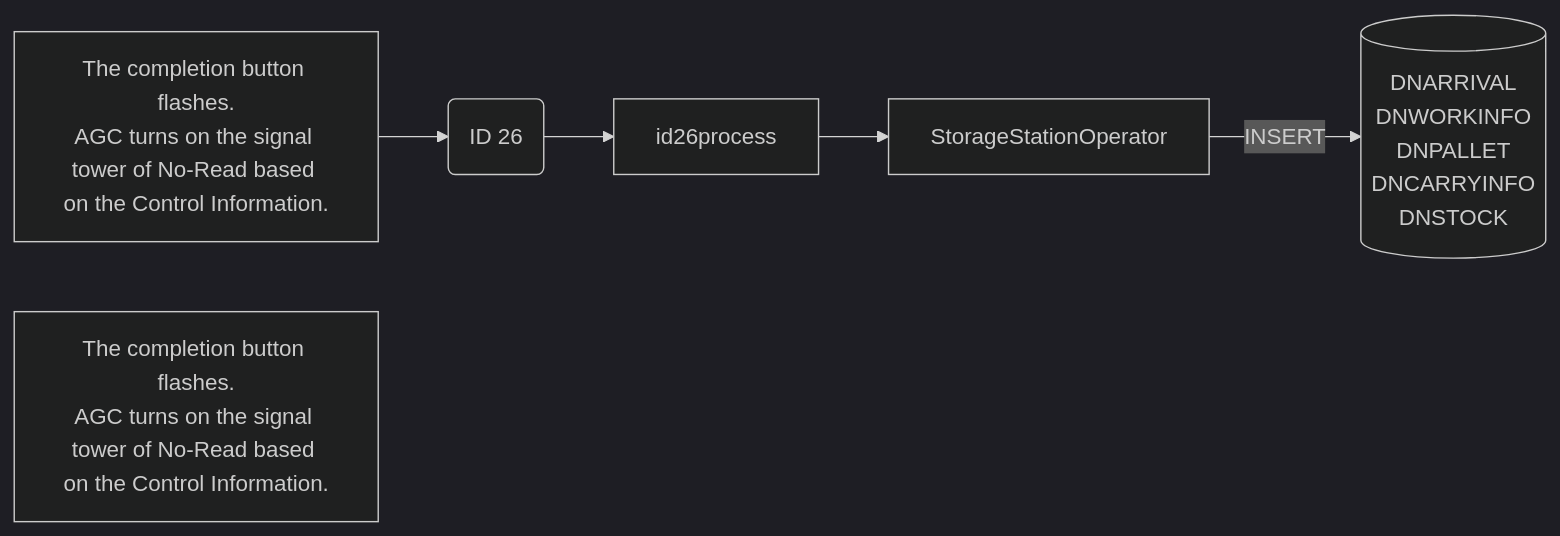
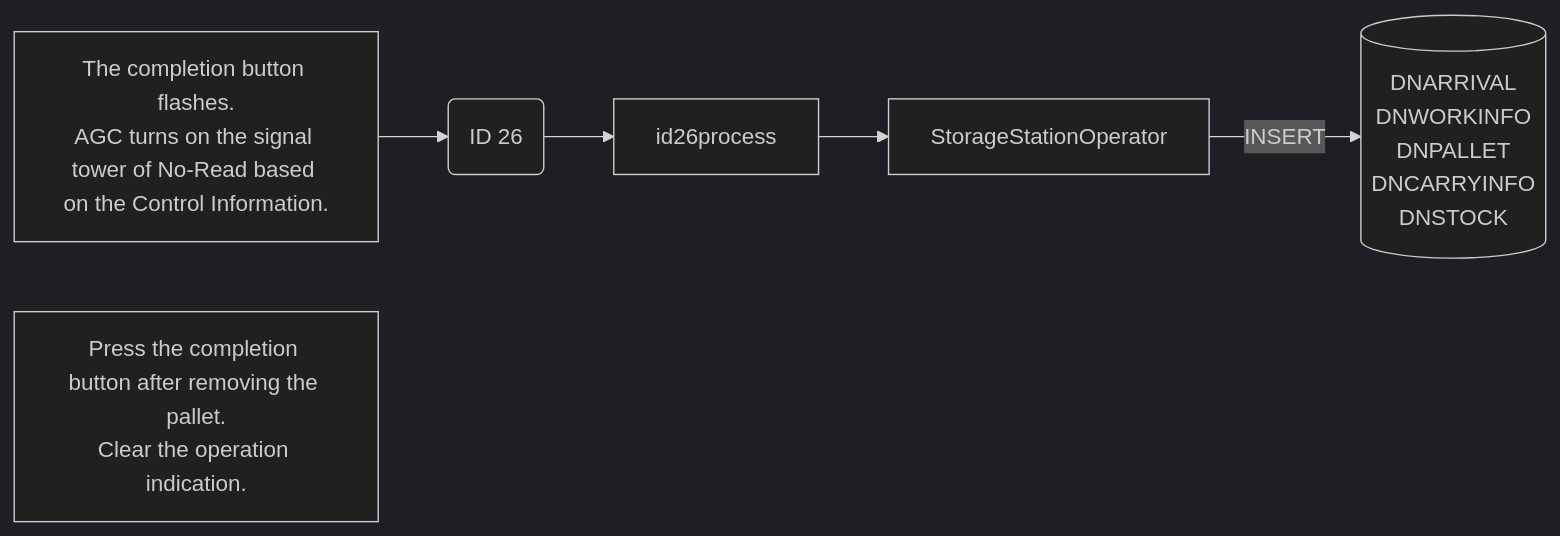
Before and after one commit to luthfiadityaa/SimeDarby-Wiki: the tenth of 10 diagrams in Basic-Design/DFD-WMS/Storage/Palletizing-Settting/Irregular-Cases.md, drawn with Mermaid (dark theme).

Commit message:
Updated Irregular Cases

```diff
--- a/Basic-Design/DFD-WMS/Storage/Palletizing-Settting/Irregular-Cases.md
+++ b/Basic-Design/DFD-WMS/Storage/Palletizing-Settting/Irregular-Cases.md
@@ -428,30 +428,30 @@
 ::: mermaid
 flowchart LR
 
 releaseCommand["
 The completion button flashes.
 AGC turns on the signal tower of No-Read based on the Control Information. 
 "]
 
 id26msg("
 ID 26
 ")
 
 id26-insert[("
    DNARRIVAL
    DNWORKINFO
    DNPALLET
    DNCARRYINFO
    DNSTOCK		
 ")]
 
 storageStationOperator[StorageStationOperator]
 
 releaseCommand2["
-The completion button flashes.
-AGC turns on the signal tower of No-Read based on the Control Information. 
+Press the completion button after removing the pallet.
+Clear the operation indication. 
 "]
 
 releaseCommand-->id26msg-->id26process-->storageStationOperator
 storageStationOperator--> |INSERT| id26-insert
 :::
```
